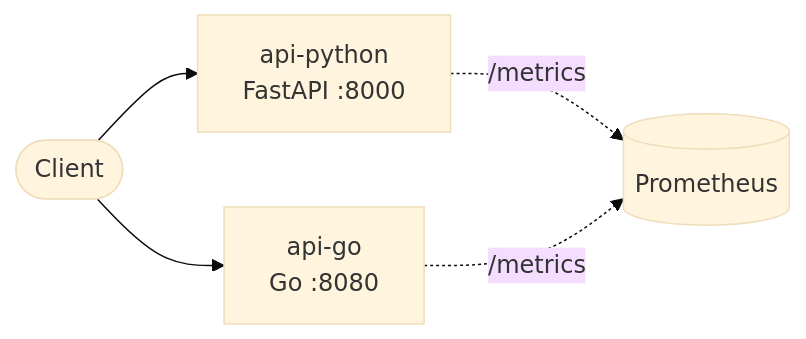
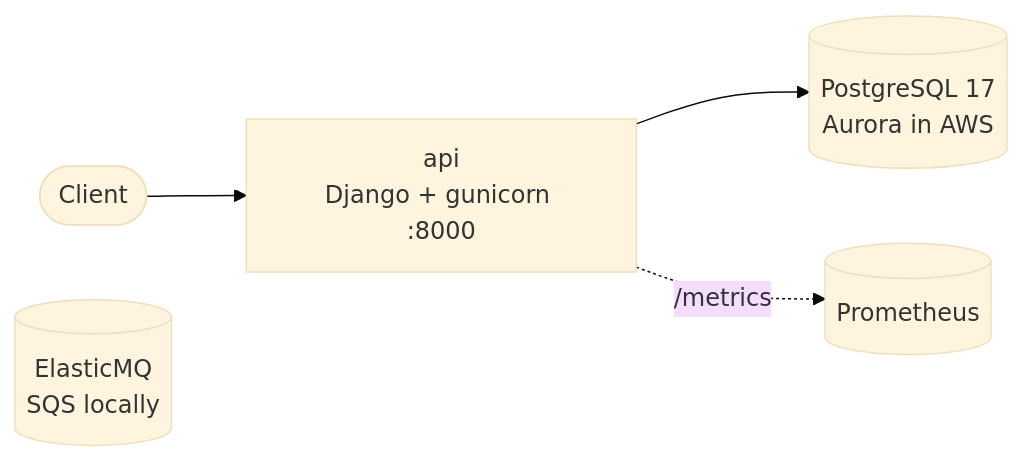
Before and after one commit to codewithmuh/kessai-payments: the diagram in docs/architecture.md, drawn with Mermaid (base theme). The commit also changed other lines of this file and 126 other files, not shown here.

````diff
--- a/docs/architecture.md
+++ b/docs/architecture.md
@@ -11,7 +14,7 @@
 ```mermaid
 flowchart LR
-    client([Client]) --> py[api-python<br/>FastAPI :8000]
-    client --> go[api-go<br/>Go :8080]
-    py -. /metrics .-> prom[(Prometheus)]
-    go -. /metrics .-> prom
+    client([Client]) --> api[api<br/>Django + gunicorn :8000]
+    api --> pg[(PostgreSQL 17<br/>Aurora in AWS)]
+    api -. /metrics .-> prom[(Prometheus)]
+    sqs[(ElasticMQ<br/>SQS locally)]
 ```
````
